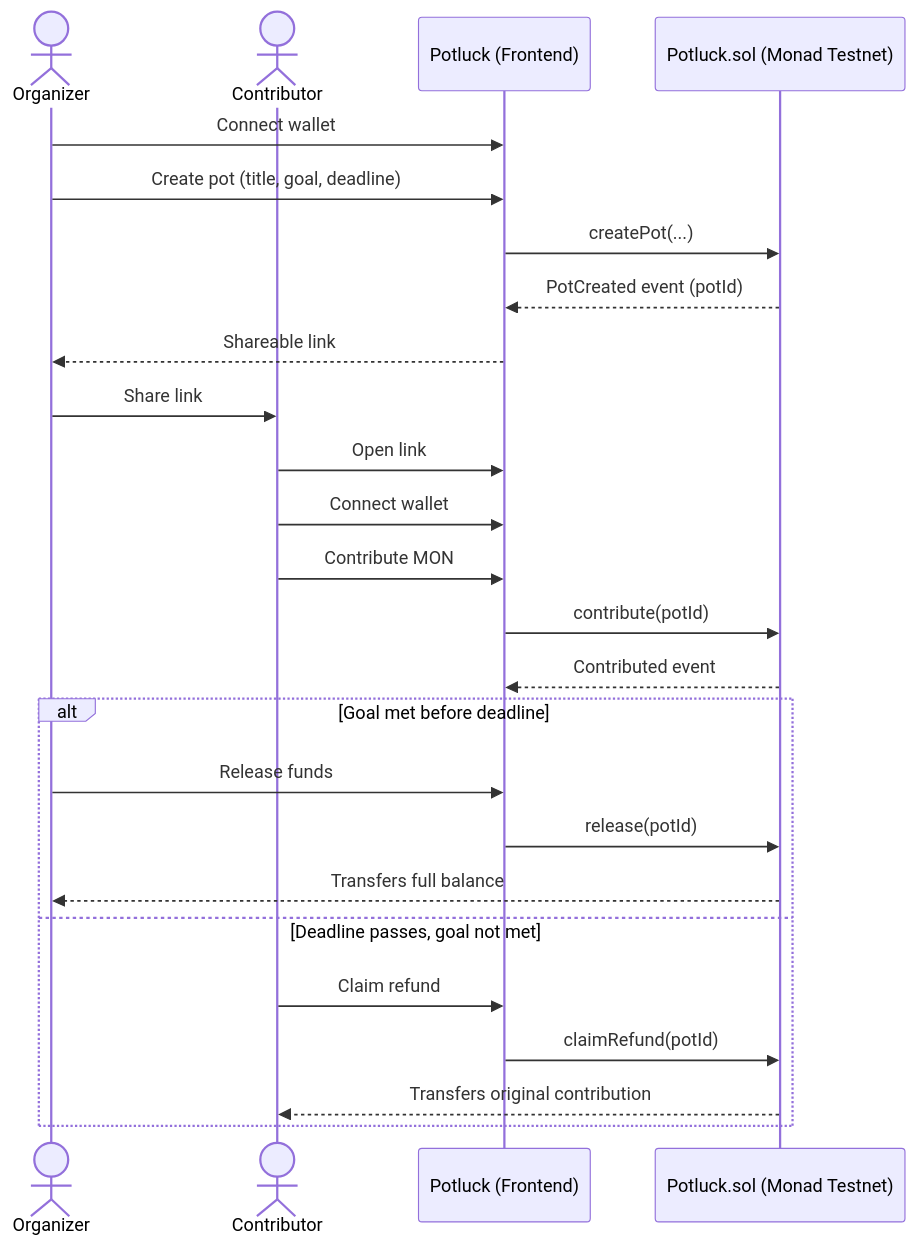
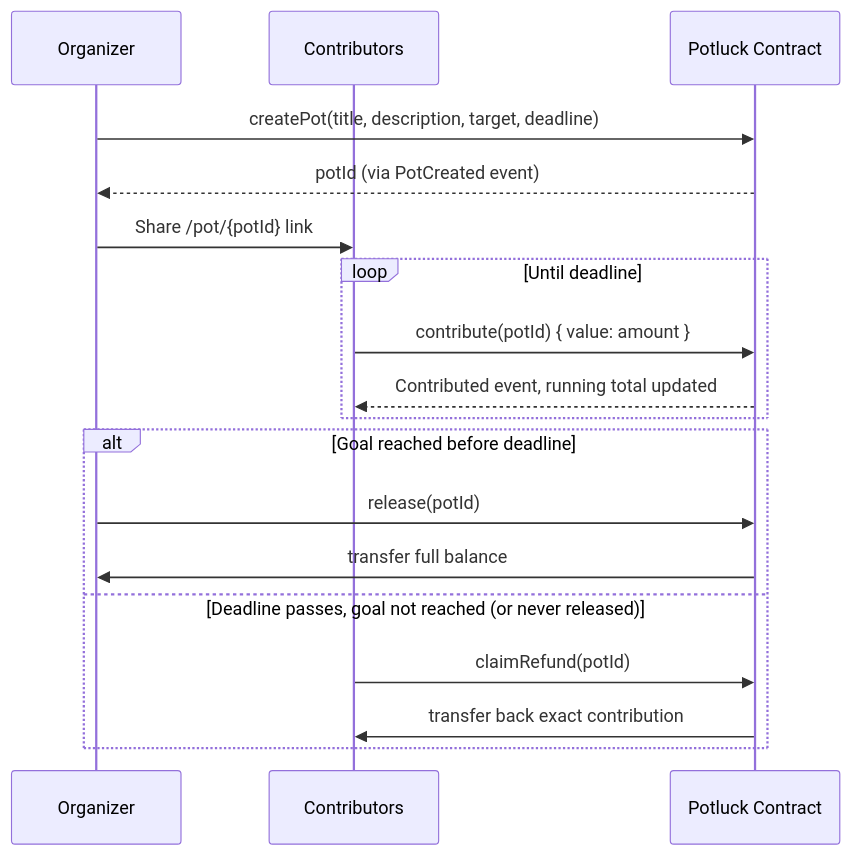
The diagram in README.md (Guna-Asher/Potluck), drawn with Mermaid before and after one commit. The commit also changed other lines of this file, not shown here.

````diff
--- a/README.md
+++ b/README.md
@@ -134,31 +78,23 @@
 ```mermaid
 sequenceDiagram
-    actor Organizer
-    actor Contributor
-    participant App as Potluck (Frontend)
-    participant Contract as Potluck.sol (Monad Testnet)
+    participant O as Organizer
+    participant C as Contributors
+    participant P as Potluck Contract
 
-    Organizer->>App: Connect wallet
-    Organizer->>App: Create pot (title, goal, deadline)
-    App->>Contract: createPot(...)
-    Contract-->>App: PotCreated event (potId)
-    App-->>Organizer: Shareable link
+    O->>P: createPot(title, description, target, deadline)
+    P-->>O: potId (via PotCreated event)
+    O->>C: Share /pot/{potId} link
 
-    Organizer->>Contributor: Share link
+    loop Until deadline
+        C->>P: contribute(potId) { value: amount }
+        P-->>C: Contributed event, running total updated
+    end
 
-    Contributor->>App: Open link
-    Contributor->>App: Connect wallet
-    Contributor->>App: Contribute MON
-    App->>Contract: contribute(potId)
-    Contract-->>App: Contributed event
-
-    alt Goal met before deadline
-        Organizer->>App: Release funds
-        App->>Contract: release(potId)
-        Contract-->>Organizer: Transfers full balance
-    else Deadline passes, goal not met
-        Contributor->>App: Claim refund
-        App->>Contract: claimRefund(potId)
-        Contract-->>Contributor: Transfers original contribution
+    alt Goal reached before deadline
+        O->>P: release(potId)
+        P->>O: transfer full balance
+    else Deadline passes, goal not reached (or never released)
+        C->>P: claimRefund(potId)
+        P->>C: transfer back exact contribution
     end
 ```
````
